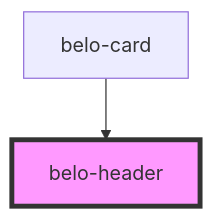
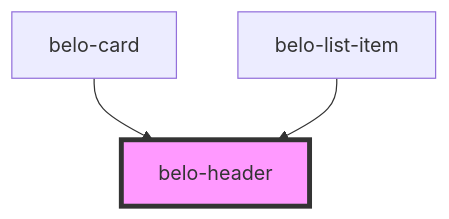
One commit to KonstantinBelenko/Belo changed the diagram in src/components/belo-header/readme.md. Above: the diagram before and after it, drawn with Mermaid. The commit also changed other lines of this file and 11 other files, not shown here.

Commit message:
created list item component + MDX update

````diff
--- a/src/components/belo-header/readme.md
+++ b/src/components/belo-header/readme.md
@@ -23,5 +24,6 @@
 ```mermaid
 graph TD;
   belo-card --> belo-header
+  belo-list-item --> belo-header
   style belo-header fill:#f9f,stroke:#333,stroke-width:4px
 ```
````
